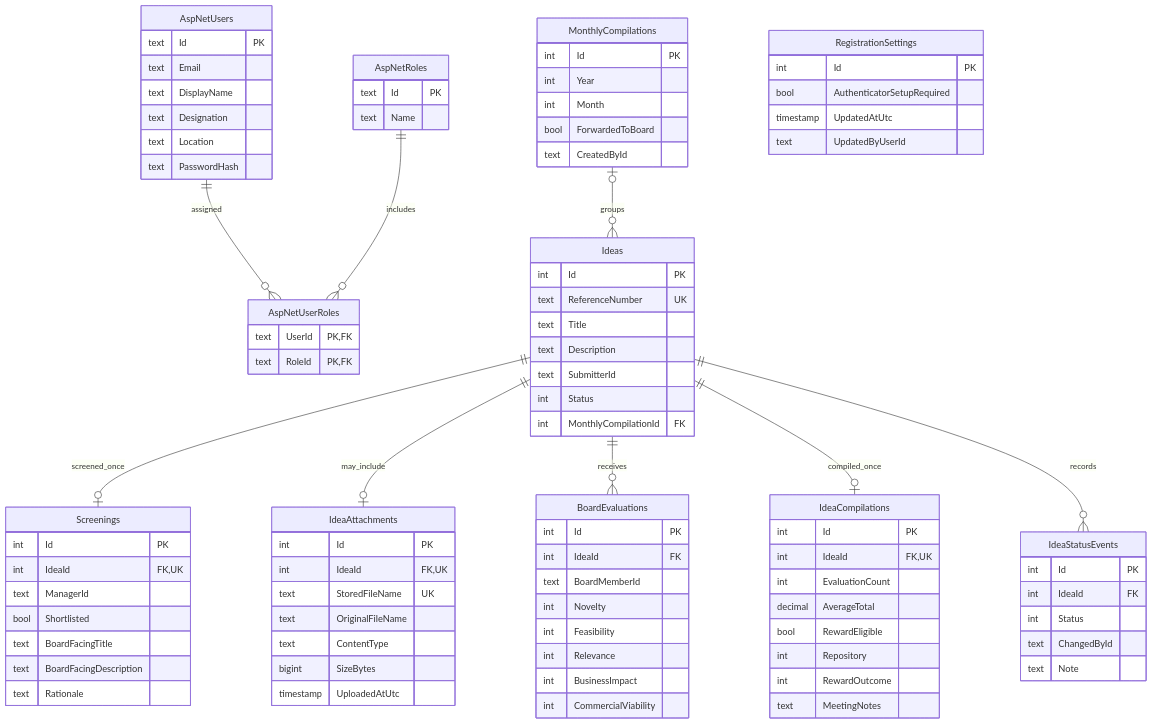
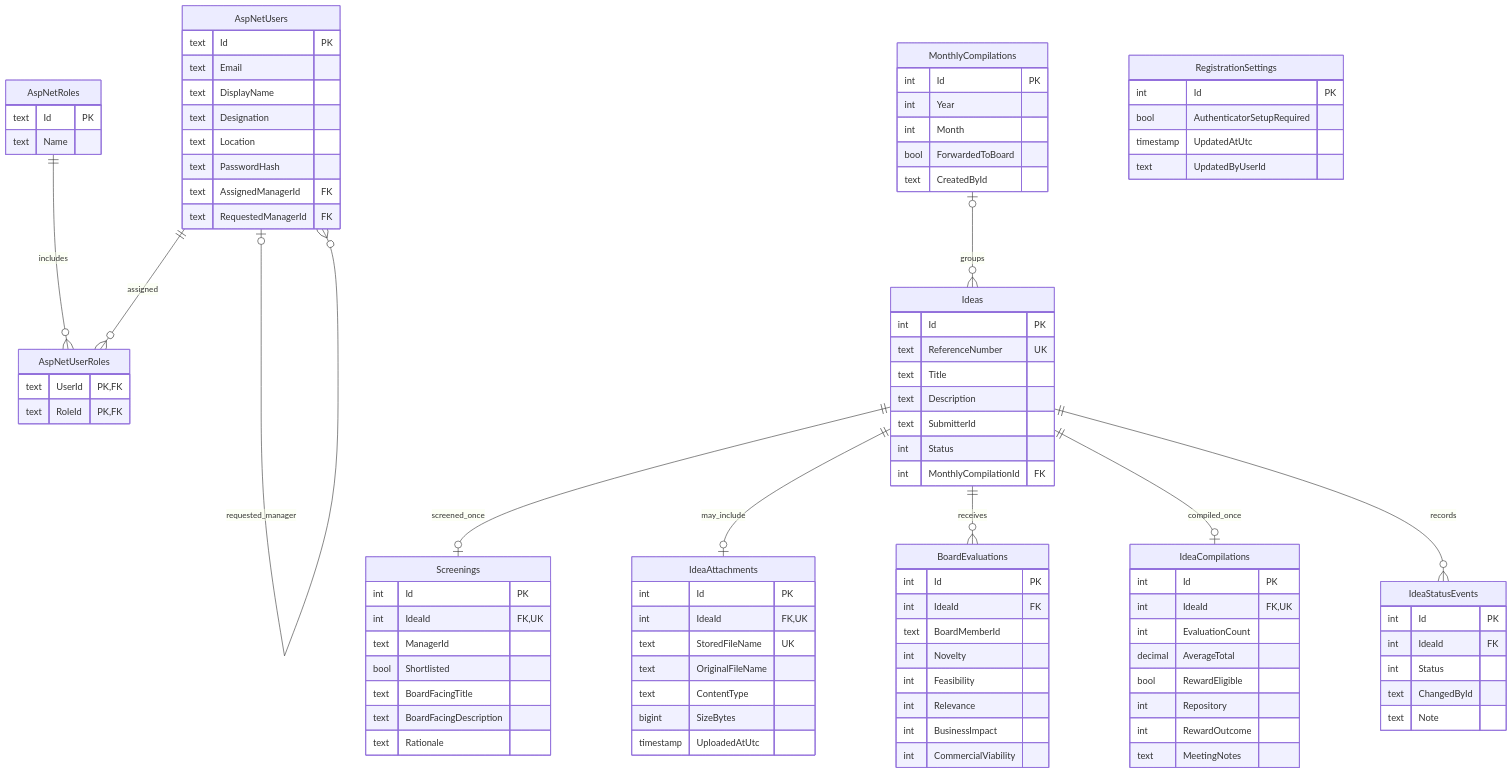
Before and after one commit to InternetDad/NamovationApplication: the diagram in docs/database-design.md, drawn with Mermaid. The commit also changed other lines of this file and 28 other files, not shown here.

```diff
--- a/docs/database-design.md
+++ b/docs/database-design.md
@@ -8,6 +8,8 @@
 erDiagram
     AspNetUsers ||--o{ AspNetUserRoles : assigned
     AspNetRoles ||--o{ AspNetUserRoles : includes
+    AspNetUsers o|--o{ AspNetUsers : manages
+    AspNetUsers o|--o{ AspNetUsers : requested_manager
 
     MonthlyCompilations o|--o{ Ideas : groups
     Ideas ||--o| Screenings : screened_once
@@ -29,6 +31,8 @@
         text Designation
         text Location
         text PasswordHash
+        text AssignedManagerId FK
+        text RequestedManagerId FK
     }
     AspNetRoles {
         text Id PK
```
